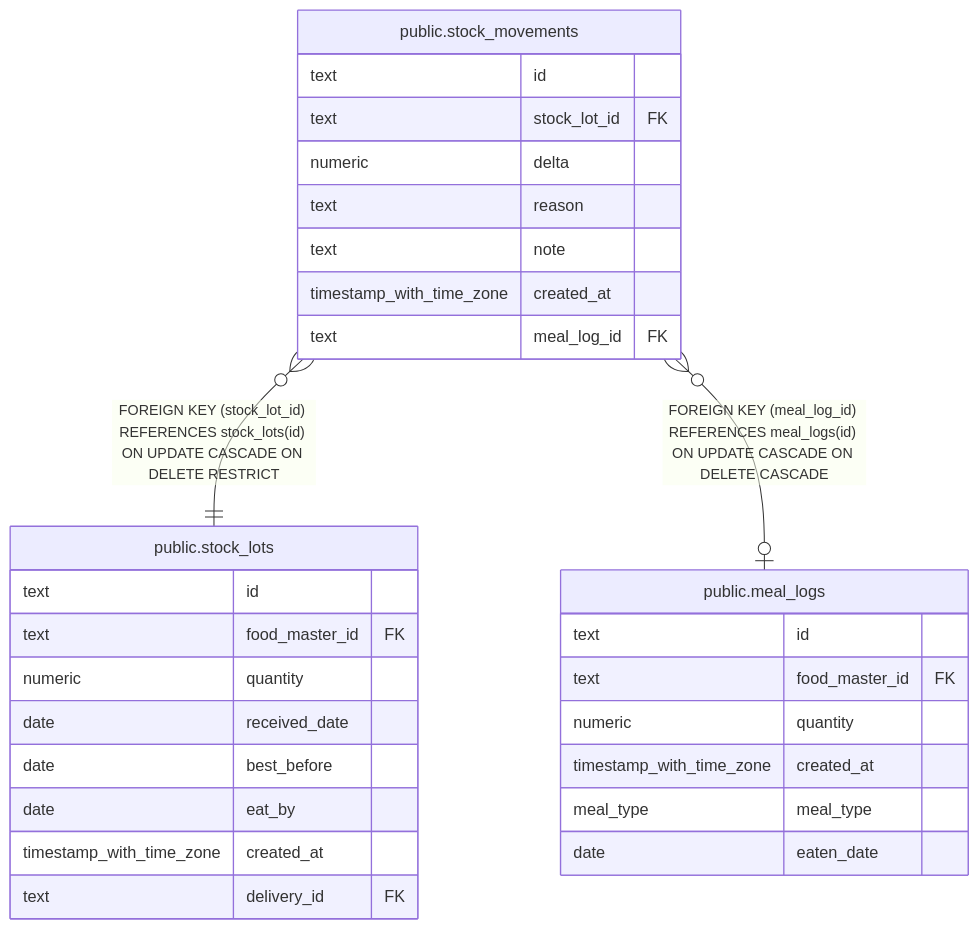
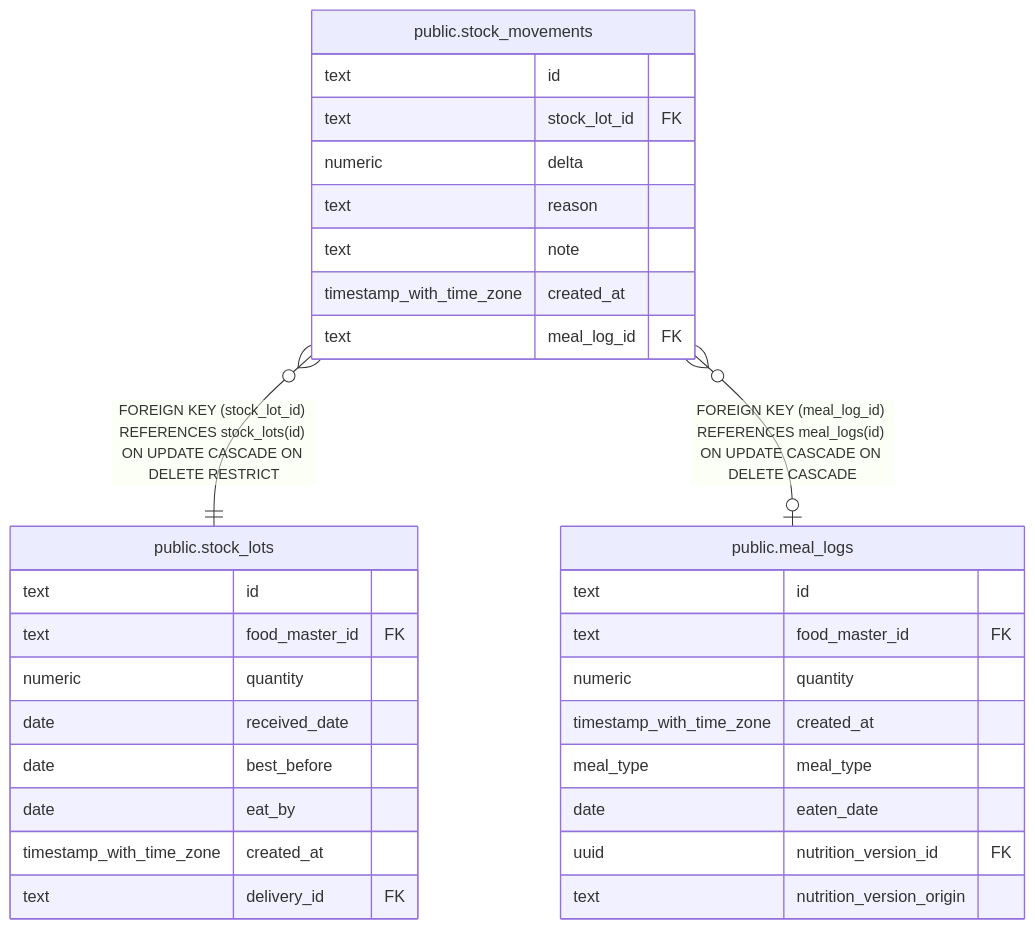
One commit to fohte/meshi changed the diagram in server/docs/db/public.stock_movements.md. Above: the diagram before and after it, drawn with Mermaid. The commit also changed 51 other files, not shown here.

````diff
--- a/server/docs/db/public.stock_movements.md
+++ b/server/docs/db/public.stock_movements.md
@@ -45,34 +45,36 @@
 ```mermaid
 erDiagram
 
 "public.stock_movements" }o--|| "public.stock_lots" : "FOREIGN KEY (stock_lot_id) REFERENCES stock_lots(id) ON UPDATE CASCADE ON DELETE RESTRICT"
 "public.stock_movements" }o--o| "public.meal_logs" : "FOREIGN KEY (meal_log_id) REFERENCES meal_logs(id) ON UPDATE CASCADE ON DELETE CASCADE"
 
 "public.stock_movements" {
   text id
   text stock_lot_id FK
   numeric delta
   text reason
   text note
   timestamp_with_time_zone created_at
   text meal_log_id FK
 }
 "public.stock_lots" {
   text id
   text food_master_id FK
   numeric quantity
   date received_date
   date best_before
   date eat_by
   timestamp_with_time_zone created_at
   text delivery_id FK
 }
 "public.meal_logs" {
   text id
   text food_master_id FK
   numeric quantity
   timestamp_with_time_zone created_at
   meal_type meal_type
   date eaten_date
+  uuid nutrition_version_id FK
+  text nutrition_version_origin
 }
 ```
````
